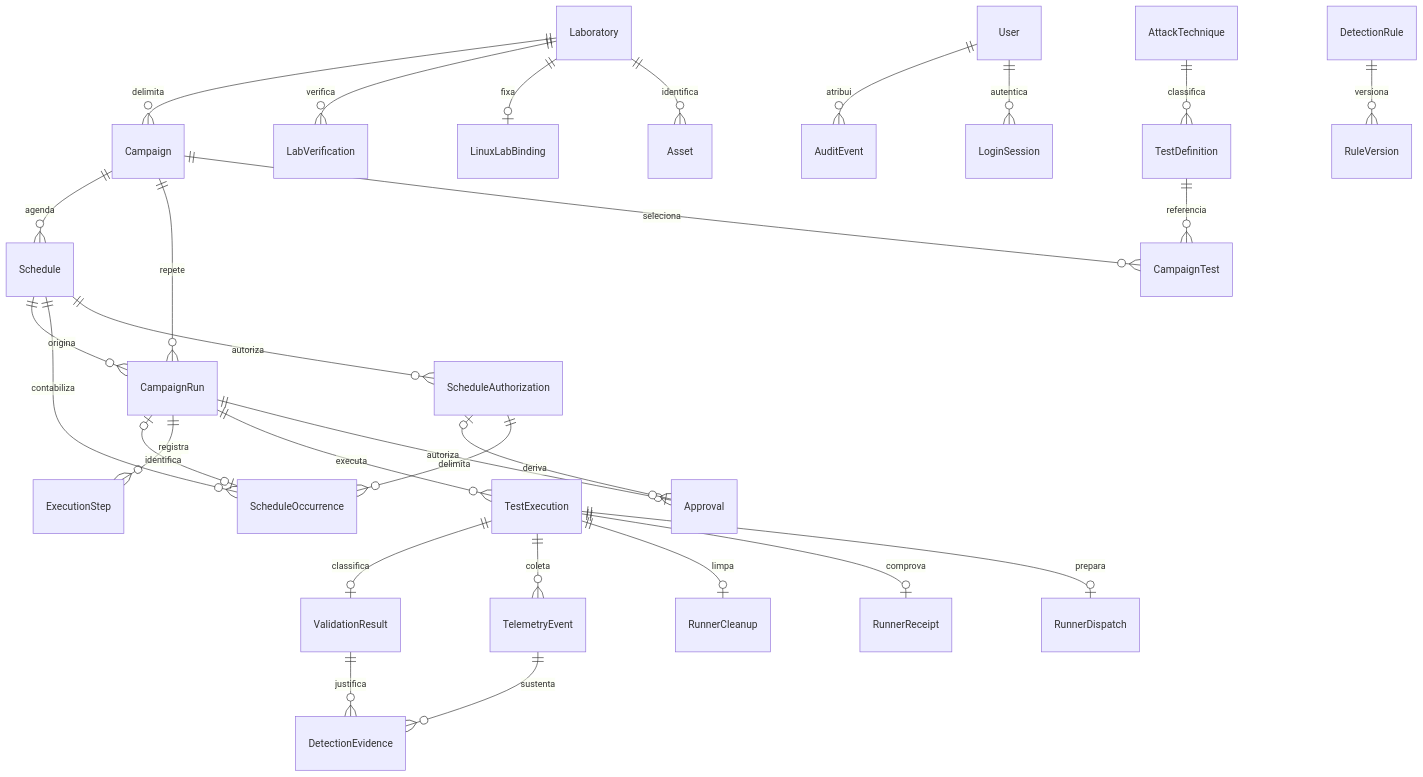
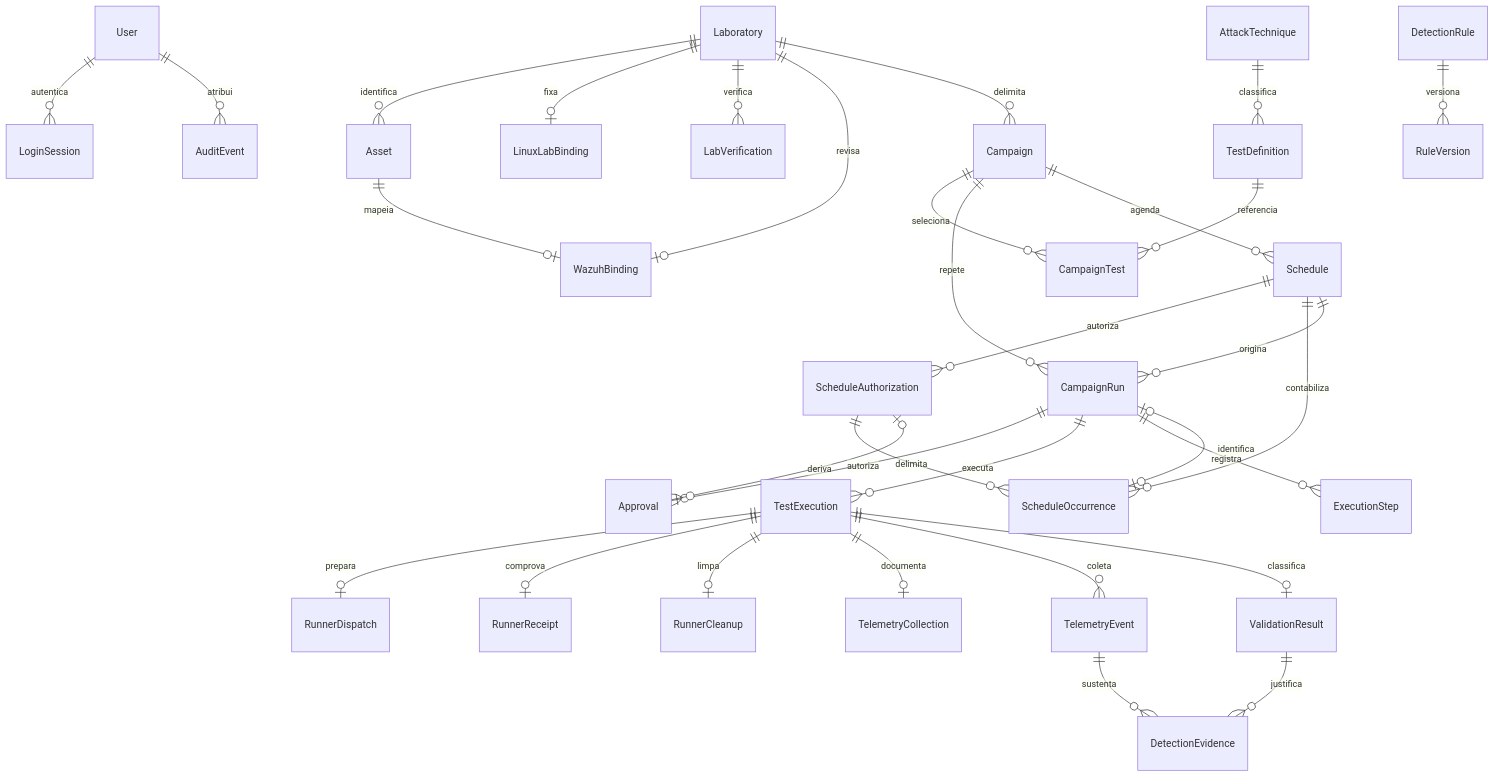
One commit to Buraddomoon/AEGIS changed the diagram in docs/architecture/data-model.md. Above: the diagram before and after it, drawn with Mermaid. The commit also changed other lines of this file and 7 other files, not shown here.

Commit message:
docs(wazuh): document prepared collection boundaries instrumentation and deferred live validation

````diff
--- a/docs/architecture/data-model.md
+++ b/docs/architecture/data-model.md
@@ -5,31 +5,34 @@
 ```mermaid
 erDiagram
   User ||--o{ LoginSession : autentica
   Laboratory ||--o{ Asset : identifica
   Laboratory ||--o| LinuxLabBinding : fixa
   Laboratory ||--o{ LabVerification : verifica
   TestExecution ||--o| RunnerDispatch : prepara
   TestExecution ||--o| RunnerReceipt : comprova
   TestExecution ||--o| RunnerCleanup : limpa
+  Laboratory ||--o| WazuhBinding : revisa
+  Asset ||--o| WazuhBinding : mapeia
+  TestExecution ||--o| TelemetryCollection : documenta
   Laboratory ||--o{ Campaign : delimita
   Campaign ||--o{ CampaignTest : seleciona
   TestDefinition ||--o{ CampaignTest : referencia
   AttackTechnique ||--o{ TestDefinition : classifica
   Campaign ||--o{ CampaignRun : repete
   CampaignRun ||--o| Approval : autoriza
   CampaignRun ||--o{ TestExecution : executa
   CampaignRun ||--o{ ExecutionStep : registra
   TestExecution ||--o{ TelemetryEvent : coleta
   TestExecution ||--o| ValidationResult : classifica
   ValidationResult ||--o{ DetectionEvidence : justifica
   TelemetryEvent ||--o{ DetectionEvidence : sustenta
   DetectionRule ||--o{ RuleVersion : versiona
   User ||--o{ AuditEvent : atribui
   Campaign ||--o{ Schedule : agenda
   Schedule ||--o{ ScheduleAuthorization : autoriza
   Schedule ||--o{ ScheduleOccurrence : contabiliza
   Schedule ||--o{ CampaignRun : origina
   ScheduleAuthorization ||--o{ ScheduleOccurrence : delimita
   ScheduleAuthorization o|--o{ Approval : deriva
   CampaignRun o|--o| ScheduleOccurrence : identifica
 ```
````
